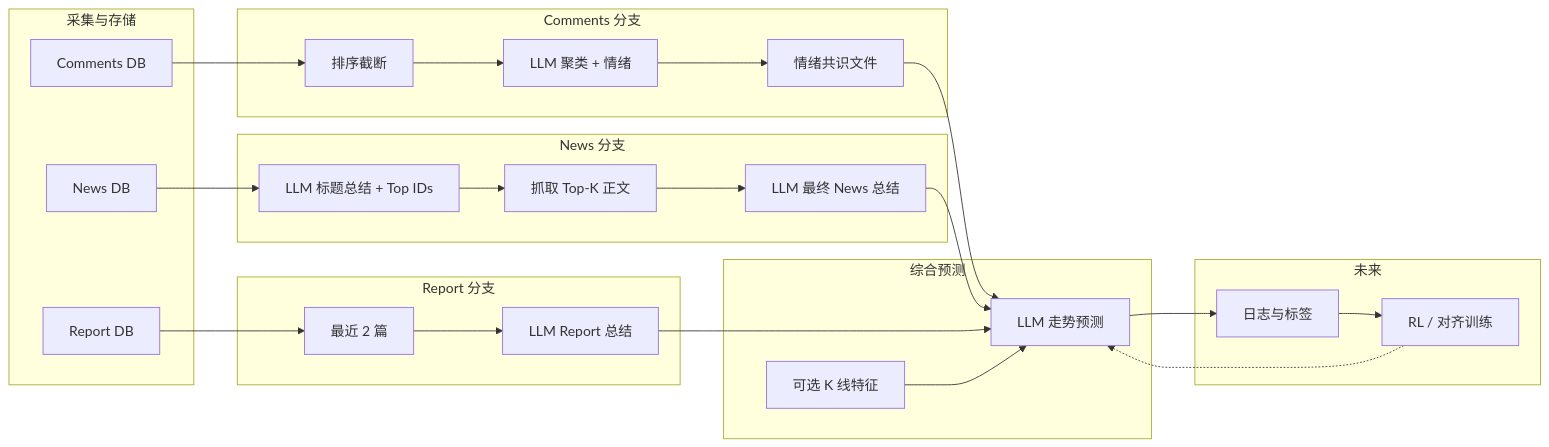
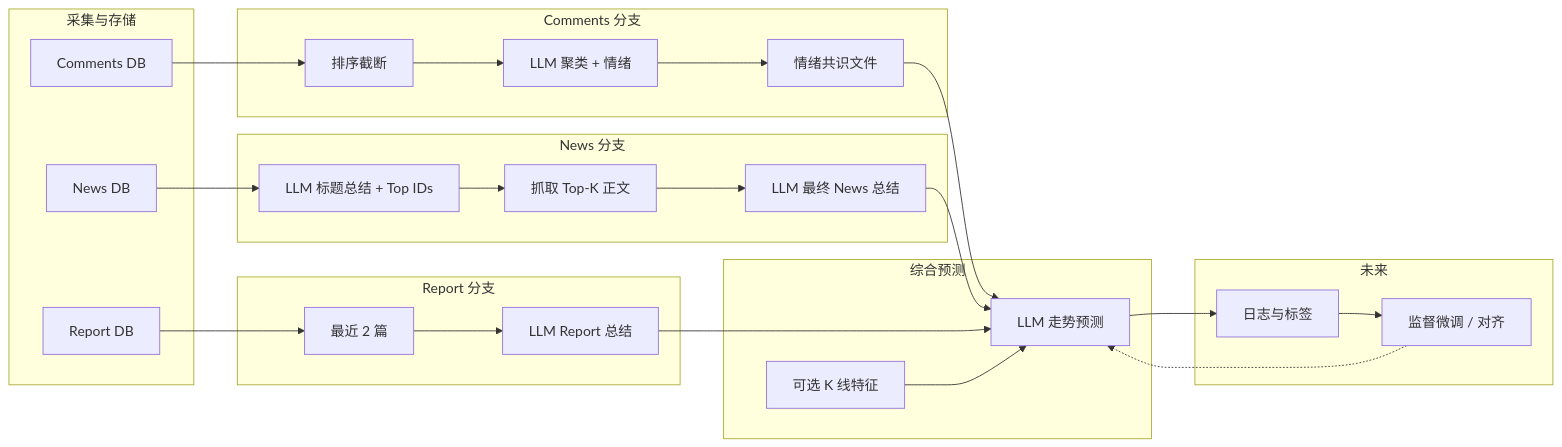
One commit to phcool/MarketMind changed the first of 2 diagrams in docs/ARCHITECTURE.md. Above: the diagram before and after it, drawn with Mermaid. The commit also changed other lines of this file and 9 other files, not shown here.

````diff
--- a/docs/ARCHITECTURE.md
+++ b/docs/ARCHITECTURE.md
@@ -100,38 +101,38 @@
 ```mermaid
 flowchart LR
   subgraph ingest [采集与存储]
     C[Comments DB]
     N[News DB]
     R[Report DB]
   end
 
   subgraph branch_comments [Comments 分支]
     C --> CC[排序截断]
     CC --> LLM_C[LLM 聚类 + 情绪]
     LLM_C --> F_C[情绪共识文件]
   end
 
   subgraph branch_news [News 分支]
     N --> LLM_N1[LLM 标题总结 + Top IDs]
     LLM_N1 --> FETCH[抓取 Top-K 正文]
     FETCH --> LLM_N2[LLM 最终 News 总结]
   end
 
   subgraph branch_report [Report 分支]
     R --> PICK[最近 2 篇]
     PICK --> LLM_R[LLM Report 总结]
   end
 
   subgraph predict [综合预测]
     F_C --> PRED[LLM 走势预测]
     LLM_N2 --> PRED
     LLM_R --> PRED
     OHLC[可选 K 线特征] --> PRED
   end
 
   subgraph future [未来]
     PRED --> LOG[日志与标签]
-    LOG --> RL[RL / 对齐训练]
-    RL -.-> PRED
+    LOG --> FT[监督微调 / 对齐]
+    FT -.-> PRED
   end
 ```
````
